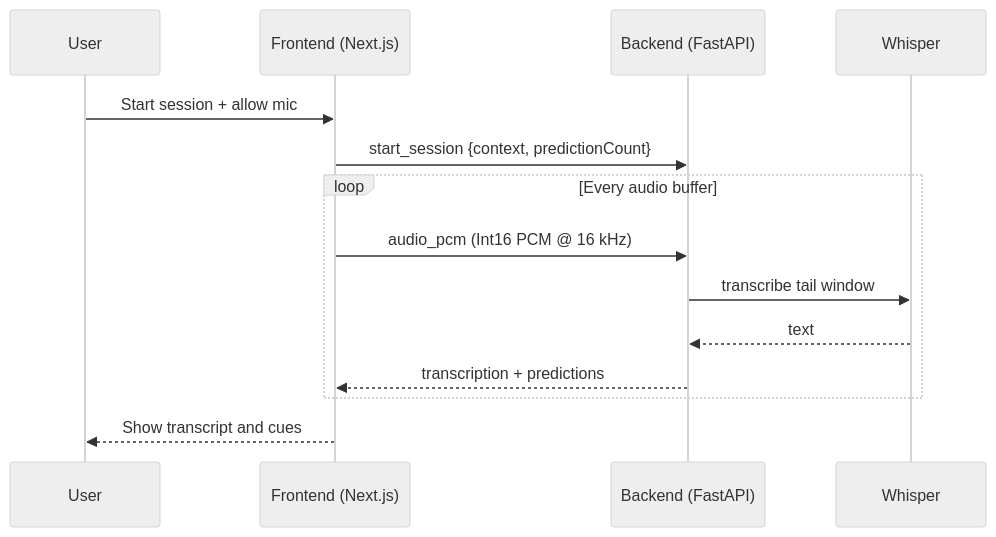
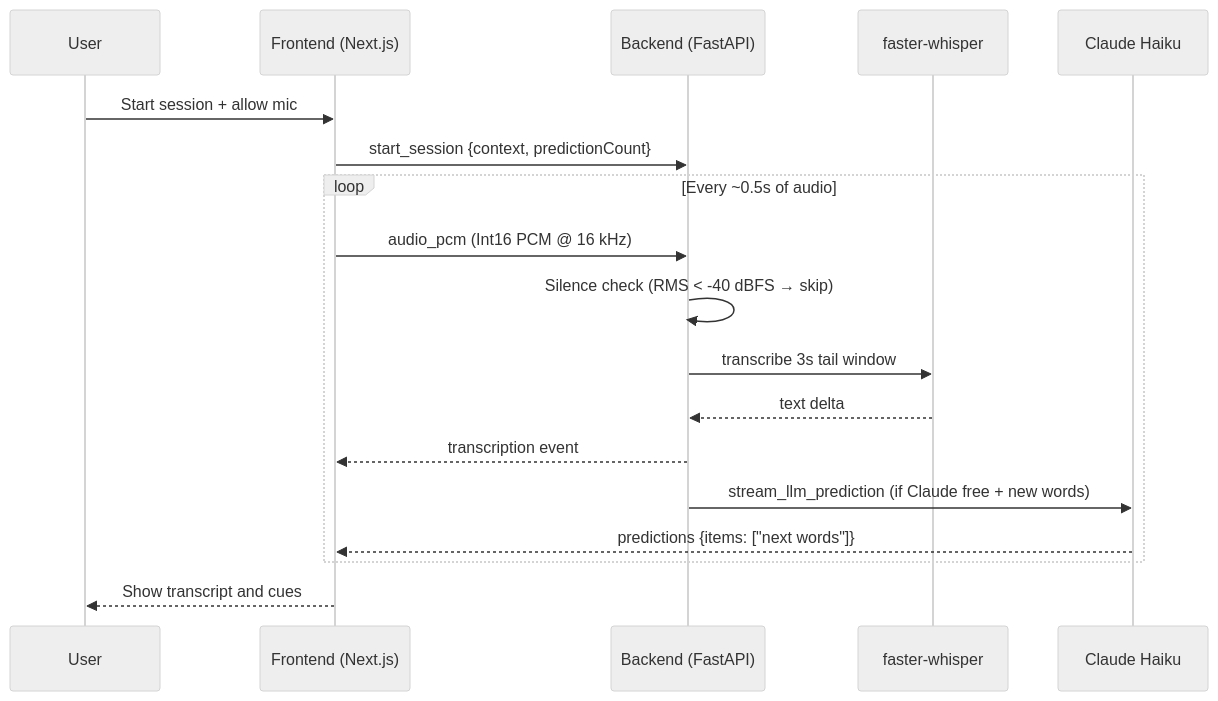
One commit to bartheart/Teleprompt changed the second of 3 diagrams in README.md. Above: the diagram before and after it, drawn with Mermaid (neutral theme). The commit also changed other lines of this file and 2 other files, not shown here.

````diff
--- a/README.md
+++ b/README.md
@@ -35,19 +41,23 @@
 ```mermaid
 sequenceDiagram
     participant User
     participant FE as Frontend (Next.js)
     participant BE as Backend (FastAPI)
-    participant Whisper
+    participant Whisper as faster-whisper
+    participant Claude as Claude Haiku
 
     User->>FE: Start session + allow mic
     FE->>BE: start_session {context, predictionCount}
 
-    loop Every audio buffer
+    loop Every ~0.5s of audio
         FE->>BE: audio_pcm (Int16 PCM @ 16 kHz)
-        BE->>Whisper: transcribe tail window
-        Whisper-->>BE: text
-        BE-->>FE: transcription + predictions
+        BE->>BE: Silence check (RMS < -40 dBFS → skip)
+        BE->>Whisper: transcribe 3s tail window
+        Whisper-->>BE: text delta
+        BE-->>FE: transcription event
+        BE->>Claude: stream_llm_prediction (if Claude free + new words)
+        Claude-->>FE: predictions {items: ["next words"]}
     end
 
     FE-->>User: Show transcript and cues
 ```
````
